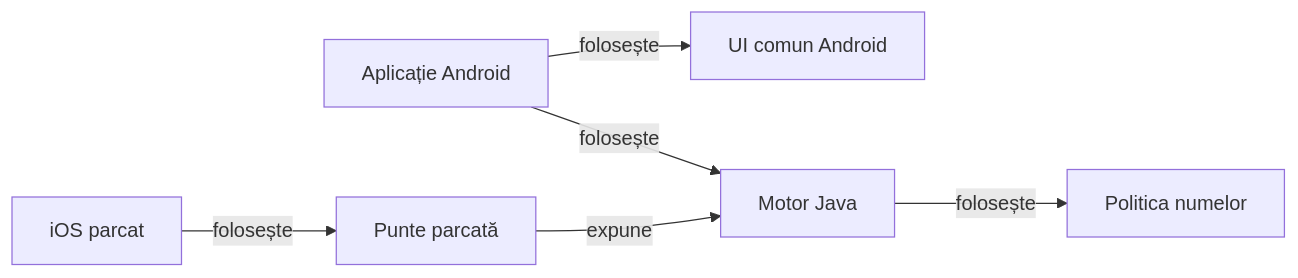
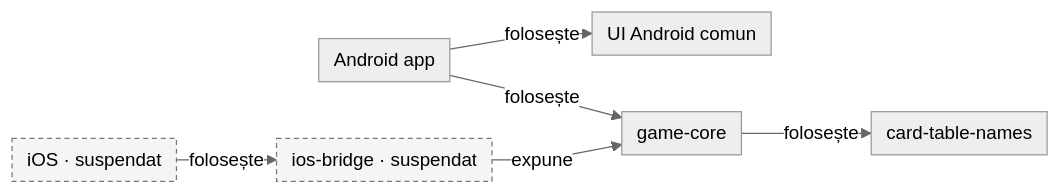
One commit to crististefanita/whist changed the second of 4 diagrams in README.md. Above: the diagram before and after it, drawn with Mermaid. The commit also changed other lines of this file and 1 other file, not shown here.

````diff
--- a/README.md
+++ b/README.md
@@ -54,14 +52,17 @@
 ```mermaid
+%%{init: {"theme":"neutral","themeVariables":{"fontSize":"15px"},"themeCSS":".edgeLabel, .edgeLabel p { font-size: 12px !important; } .node rect { rx: 6px; ry: 6px; }","flowchart":{"curve":"linear","nodeSpacing":24,"rankSpacing":20,"padding":6},"sequence":{"mirrorActors":false,"messageMargin":24}}}%%
 flowchart LR
-    app[Aplicație Android]
-    atf_card_table_ui[UI comun Android]
-    ios[iOS parcat]
-    ios_bridge[Punte parcată]
-    game_core[Motor Java]
-    card_table_names[Politica numelor]
+    app["Android app"]
+    atf_card_table_ui["UI Android comun"]
+    ios["iOS · suspendat"]
+    ios_bridge["ios-bridge · suspendat"]
+    game_core["game-core"]
+    card_table_names["card-table-names"]
     app -->|folosește| atf_card_table_ui
     app -->|folosește| game_core
     ios -->|folosește| ios_bridge
     ios_bridge -->|expune| game_core
     game_core -->|folosește| card_table_names
+    classDef parked fill:#f5f5f5,stroke:#777,stroke-dasharray:4 3
+    class ios,ios_bridge parked
 ```
````
